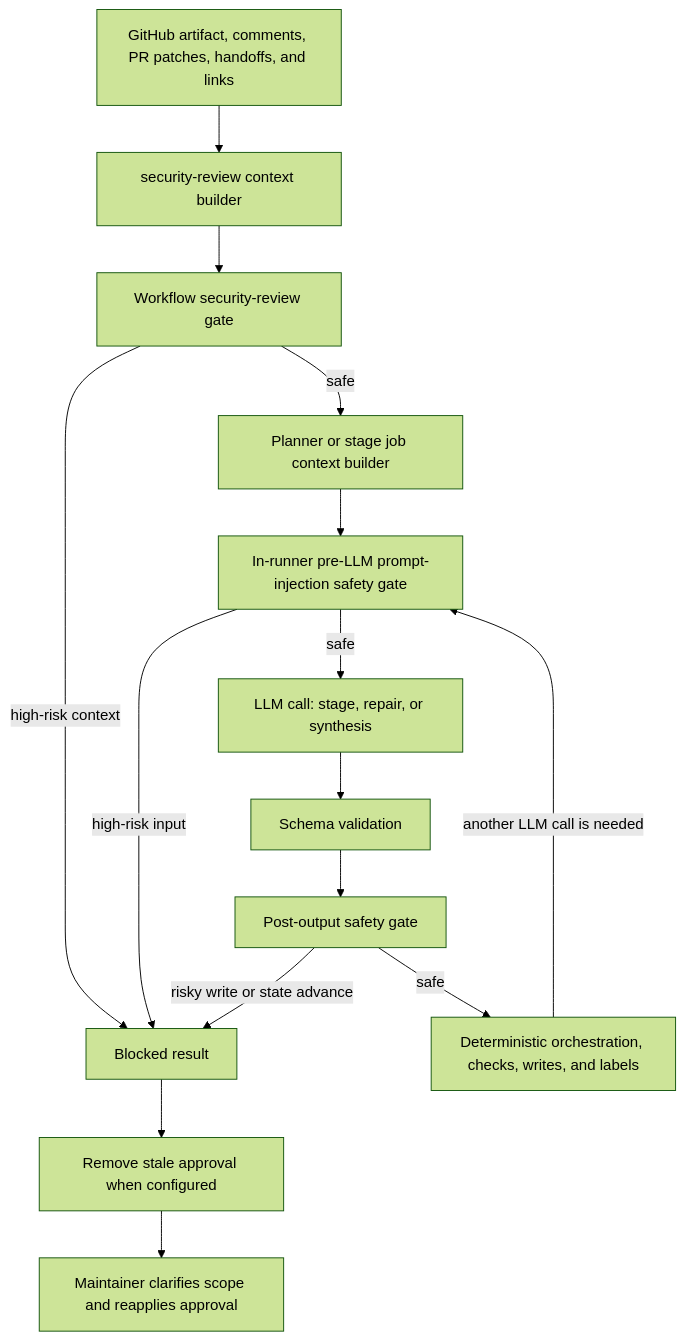
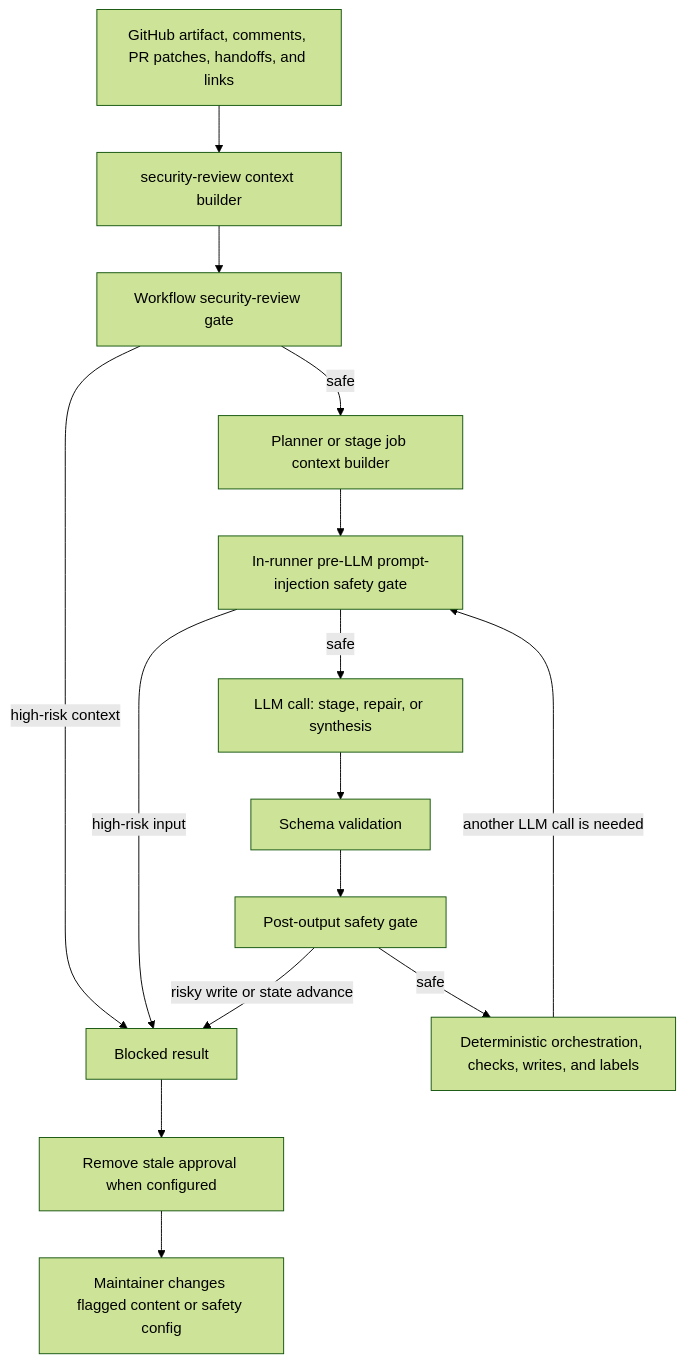
The third of 3 diagrams in docs/AI.md (markhuangai/git-vibe), drawn with Mermaid (forest theme) before and after one commit. The commit also changed other lines of this file and 11 other files, not shown here.

````diff
--- a/docs/AI.md
+++ b/docs/AI.md
@@ -156,17 +157,17 @@
 ```mermaid
 flowchart TD
   A[GitHub artifact, comments, PR patches, handoffs, and links] --> B[security-review context builder]
   B --> W[Workflow security-review gate]
   W -->|high-risk context| G[Blocked result]
   W -->|safe| P[Planner or stage job context builder]
   P --> R[In-runner pre-LLM prompt-injection safety gate]
   R -->|safe| C[LLM call: stage, repair, or synthesis]
   R -->|high-risk input| G
   C --> D[Schema validation]
   D --> E[Post-output safety gate]
   E -->|safe| F[Deterministic orchestration, checks, writes, and labels]
   F -->|another LLM call is needed| R
   E -->|risky write or state advance| G
   G --> H[Remove stale approval when configured]
-  H --> I[Maintainer clarifies scope and reapplies approval]
+  H --> I[Maintainer changes flagged content or safety config]
 ```
````
